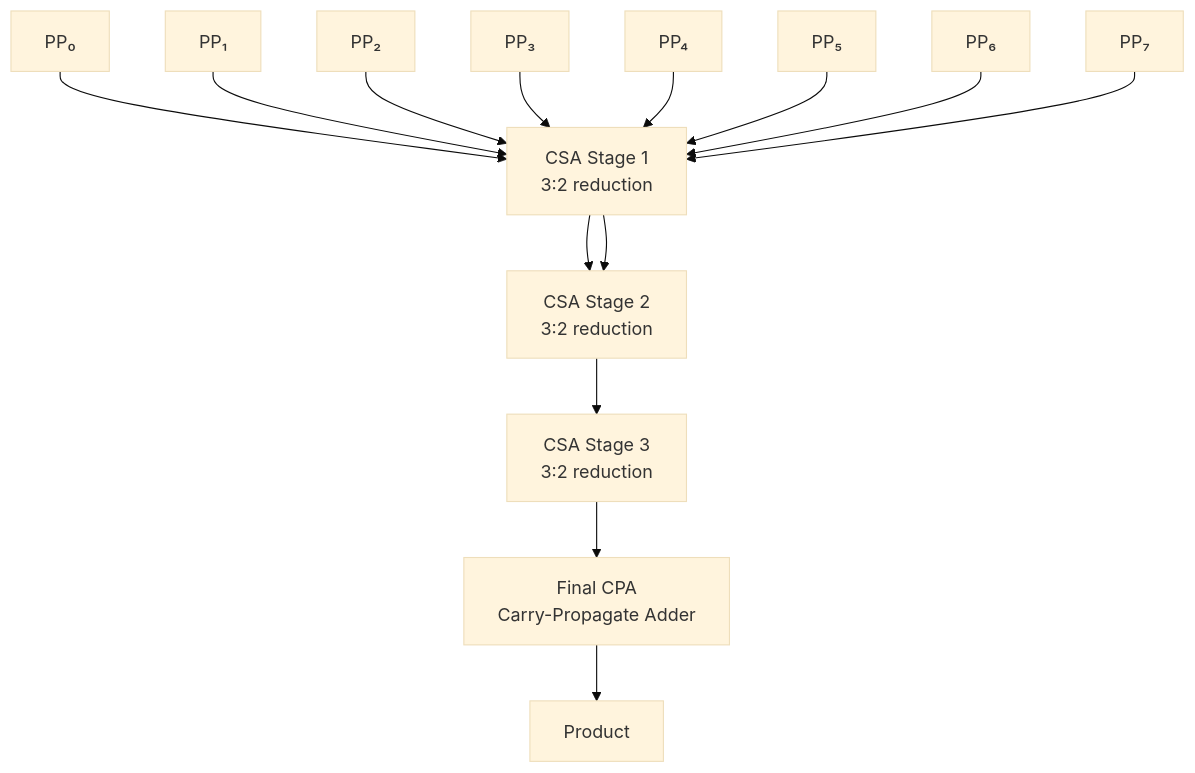
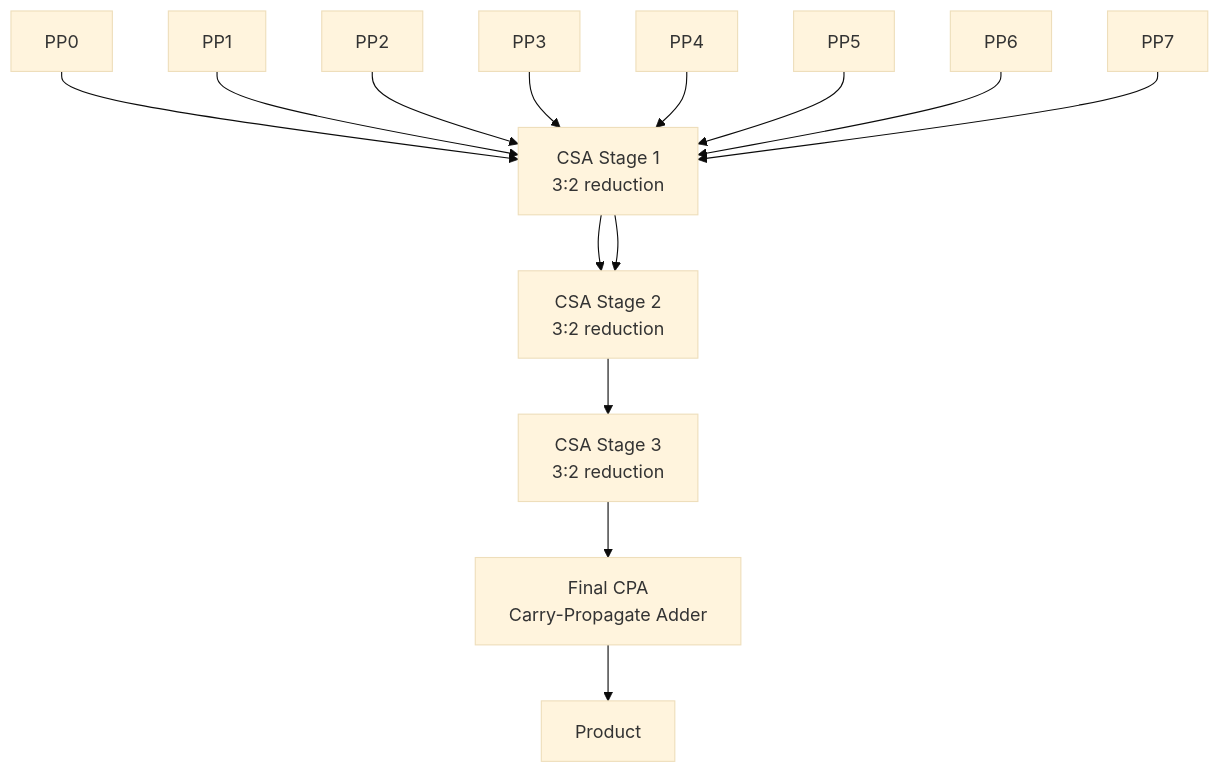
One commit to Raushan666java/ai-engineering-journey changed the second of 3 diagrams in docs/courses/digital-logic/11-arithmetic-circuits.md. Above: the diagram before and after it, drawn with Mermaid (base theme). The commit also changed other lines of this file and 790 other files, not shown here.

Commit message:
Sync all course diagram renders and content updates

````diff
--- a/docs/courses/digital-logic/11-arithmetic-circuits.md
+++ b/docs/courses/digital-logic/11-arithmetic-circuits.md
@@ -185,16 +185,16 @@
 ```mermaid
 graph TD
-    PP0[PP₀] --> CSA1[CSA Stage 1<br>3:2 reduction]
-    PP1[PP₁] --> CSA1
-    PP2[PP₂] --> CSA1
-    PP3[PP₃] --> CSA1
-    PP4[PP₄] --> CSA1
-    PP5[PP₅] --> CSA1
-    PP6[PP₆] --> CSA1
-    PP7[PP₇] --> CSA1
+    PP0[PP0] --> CSA1[CSA Stage 1<br>3:2 reduction]
+    PP1[PP1] --> CSA1
+    PP2[PP2] --> CSA1
+    PP3[PP3] --> CSA1
+    PP4[PP4] --> CSA1
+    PP5[PP5] --> CSA1
+    PP6[PP6] --> CSA1
+    PP7[PP7] --> CSA1
     CSA1 --> CSA2[CSA Stage 2<br>3:2 reduction]
     CSA1 --> CSA2
     CSA2 --> CSA3[CSA Stage 3<br>3:2 reduction]
     CSA3 --> CPA[Final CPA<br>Carry-Propagate Adder]
     CPA --> PROD[Product]
 ```
````
